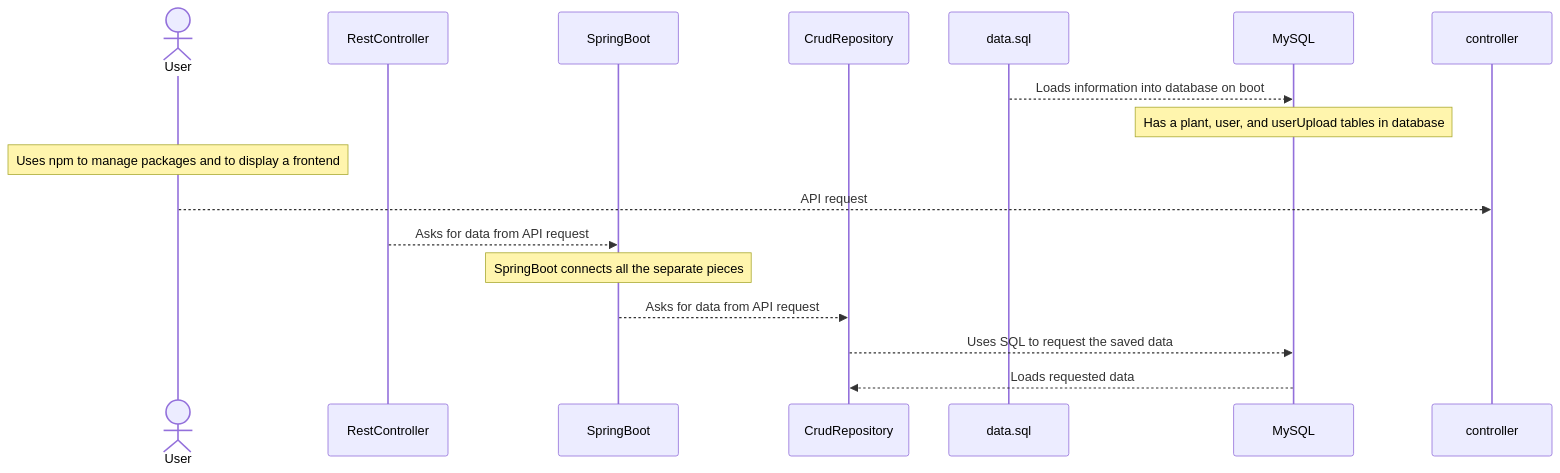
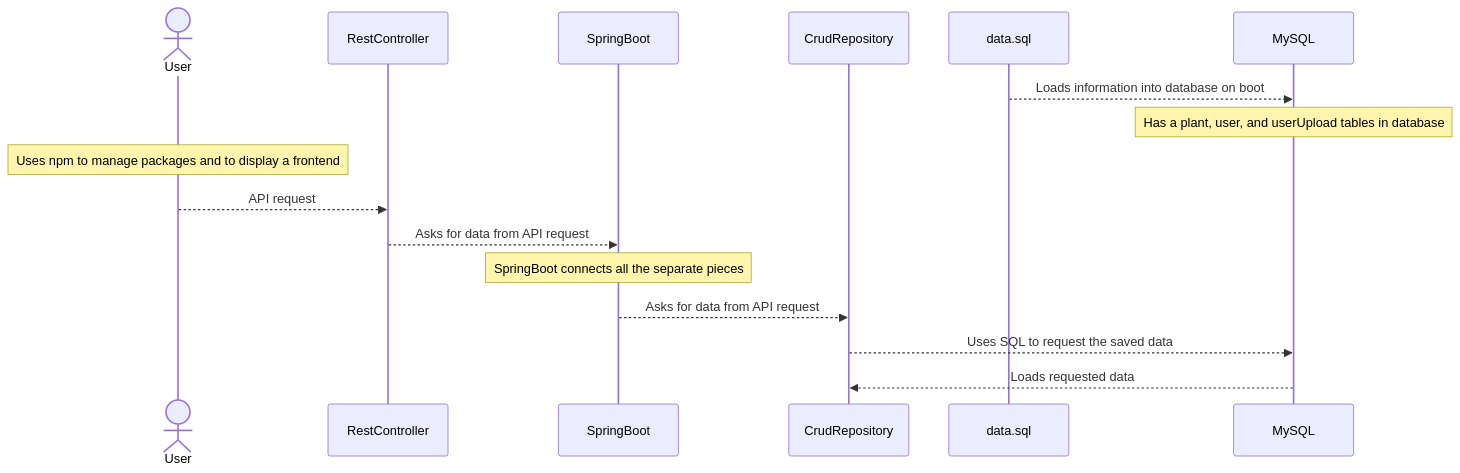
One commit to dawsonblack/UIP changed the diagram in README.md. Above: the diagram before and after it, drawn with Mermaid.

````diff
--- a/README.md
+++ b/README.md
@@ -69,24 +69,24 @@
 ``` mermaid
 sequenceDiagram
 
 actor User
 participant RestController
 participant SpringBoot
 participant CrudRepository
 participant data.sql
 participant MySQL
 
 data.sql -->> MySQL: Loads information into database on boot
 note over MySQL: Has a plant, user, and userUpload tables in database
 note over User: Uses npm to manage packages and to display a frontend
 
-User -->> controller: API request
+User -->> RestController: API request
 RestController -->> SpringBoot: Asks for data from API request
 note over SpringBoot: SpringBoot connects all the separate pieces
 
 SpringBoot -->> CrudRepository: Asks for data from API request
 CrudRepository -->> MySQL: Uses SQL to request the saved data
 
 MySQL -->> CrudRepository: Loads requested data
 
 ```
````
